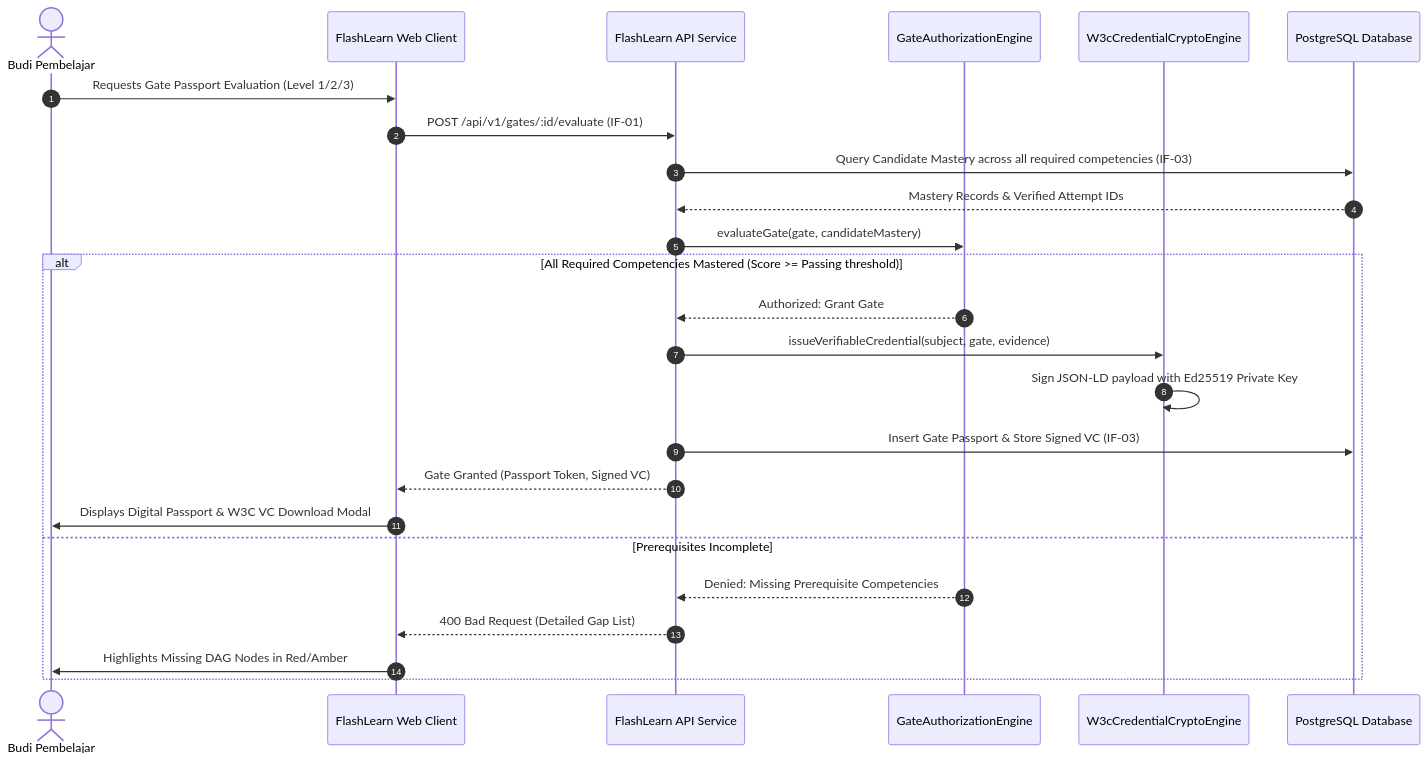
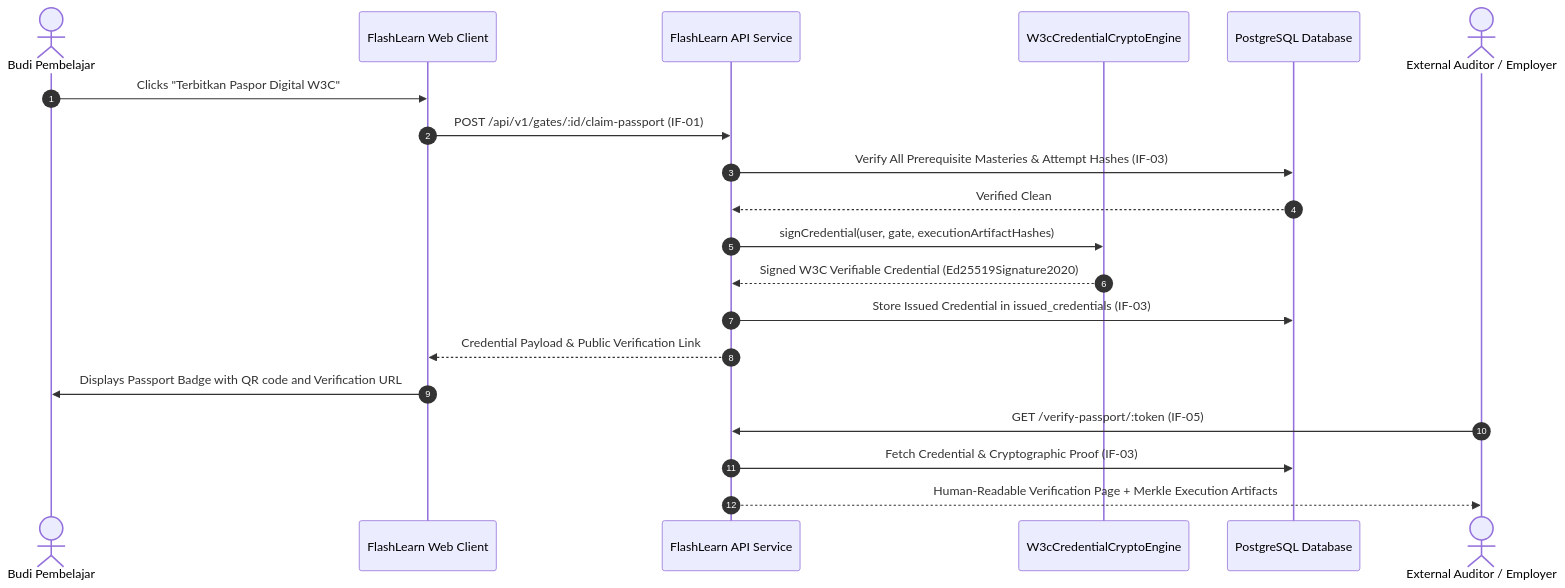
Before and after one commit to ihkaru/flashlearn: the third of 3 diagrams in docs/architecture/06_runtime_view.md, drawn with Mermaid. The commit also changed other lines of this file and 3 other files, not shown here.

````diff
--- a/docs/architecture/06_runtime_view.md
+++ b/docs/architecture/06_runtime_view.md
@@ -105,29 +120,24 @@
 ```mermaid
 sequenceDiagram
     autonumber
     actor Learner as Budi Pembelajar
     participant Web as FlashLearn Web Client
     participant API as FlashLearn API Service
-    participant GateEngine as GateAuthorizationEngine
-    participant CryptoEngine as W3cCredentialCryptoEngine
+    participant Crypto as W3cCredentialCryptoEngine
     participant DB as PostgreSQL Database
+    actor Employer as External Auditor / Employer
 
-    Learner->>Web: Requests Gate Passport Evaluation (Level 1/2/3)
-    Web->>API: POST /api/v1/gates/:id/evaluate (IF-01)
-    API->>DB: Query Candidate Mastery across all required competencies (IF-03)
-    DB-->>API: Mastery Records & Verified Attempt IDs
-    API->>GateEngine: evaluateGate(gate, candidateMastery)
-    
-    alt All Required Competencies Mastered (Score >= Passing threshold)
-        GateEngine-->>API: Authorized: Grant Gate
-        API->>CryptoEngine: issueVerifiableCredential(subject, gate, evidence)
-        CryptoEngine->>CryptoEngine: Sign JSON-LD payload with Ed25519 Private Key
-        API->>DB: Insert Gate Passport & Store Signed VC (IF-03)
-        API-->>Web: Gate Granted (Passport Token, Signed VC)
-        Web->>Learner: Displays Digital Passport & W3C VC Download Modal
-    else Prerequisites Incomplete
-        GateEngine-->>API: Denied: Missing Prerequisite Competencies
-        API-->>Web: 400 Bad Request (Detailed Gap List)
-        Web->>Learner: Highlights Missing DAG Nodes in Red/Amber
-    end
+    Learner->>Web: Clicks "Terbitkan Paspor Digital W3C"
+    Web->>API: POST /api/v1/gates/:id/claim-passport (IF-01)
+    API->>DB: Verify All Prerequisite Masteries & Attempt Hashes (IF-03)
+    DB-->>API: Verified Clean
+    API->>Crypto: signCredential(user, gate, executionArtifactHashes)
+    Crypto-->>API: Signed W3C Verifiable Credential (Ed25519Signature2020)
+    API->>DB: Store Issued Credential in issued_credentials (IF-03)
+    API-->>Web: Credential Payload & Public Verification Link
+    Web->>Learner: Displays Passport Badge with QR code and Verification URL
+
+    Employer->>API: GET /verify-passport/:token (IF-05)
+    API->>DB: Fetch Credential & Cryptographic Proof (IF-03)
+    API-->>Employer: Human-Readable Verification Page + Merkle Execution Artifacts
 ```
````
